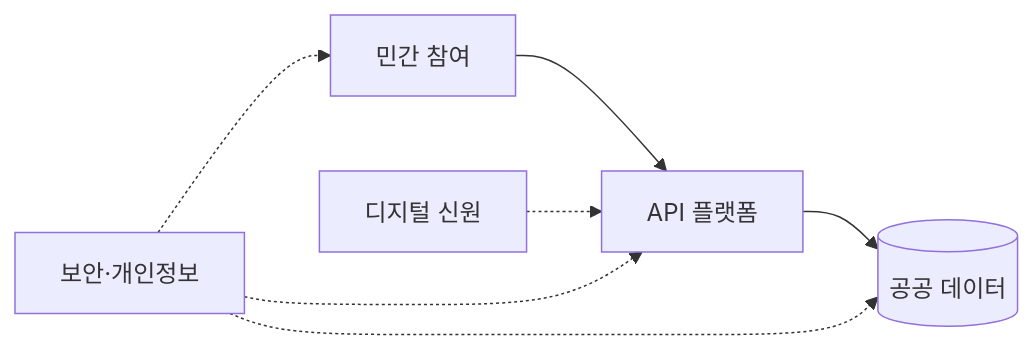
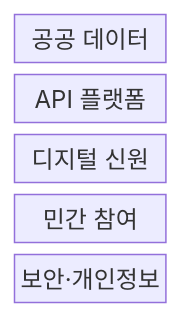
Before and after one commit to agnusdei1207/knowledge-base: the first of 2 diagrams in src/content/docs/notes/07-law-policy/009_digital_platform_government.md, drawn with Mermaid. The commit also changed other lines of this file and 9 other files, not shown here.

````diff
--- a/src/content/docs/notes/07-law-policy/009_digital_platform_government.md
+++ b/src/content/docs/notes/07-law-policy/009_digital_platform_government.md
@@ -48,14 +48,9 @@
 ```mermaid
-flowchart LR
-    D[(공공 데이터)]
-    API[API 플랫폼]
-    ID[디지털 신원]
-    P[민간 참여]
-    S[보안·개인정보]
-    P --> API
-    API --> D
-    ID -.-> API
-    S -.-> P
-    S -.-> API
-    S -.-> D
+block-beta
+    columns 1
+    A["공공 데이터"]
+    B["API 플랫폼"]
+    C["디지털 신원"]
+    D["민간 참여"]
+    E["보안·개인정보"]
 ```
````
